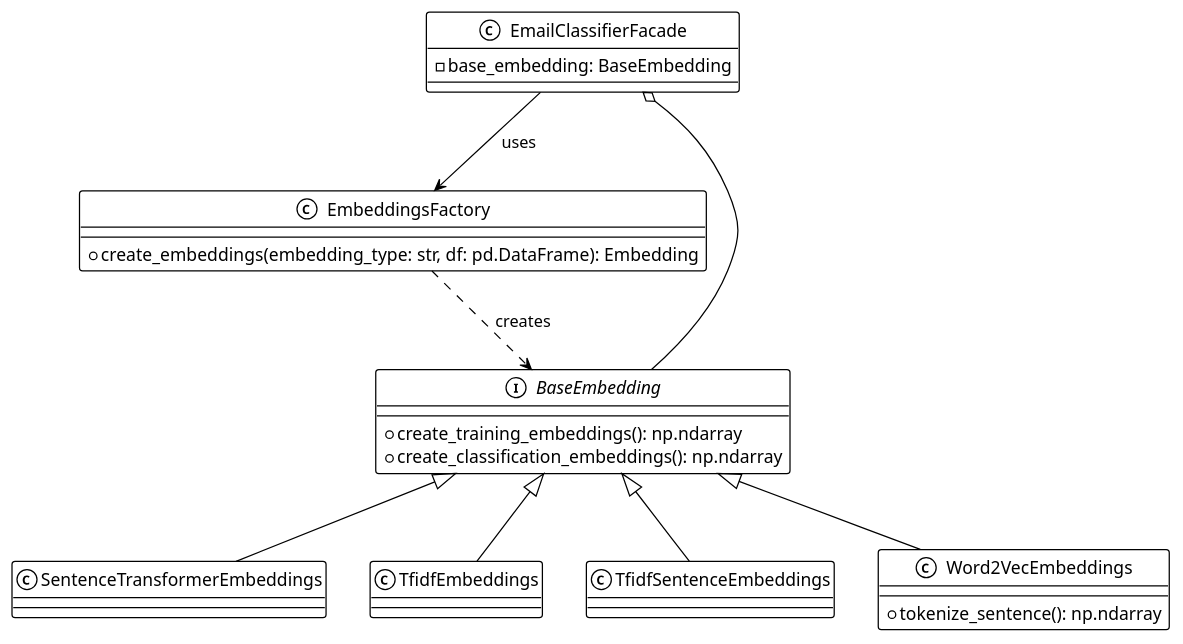
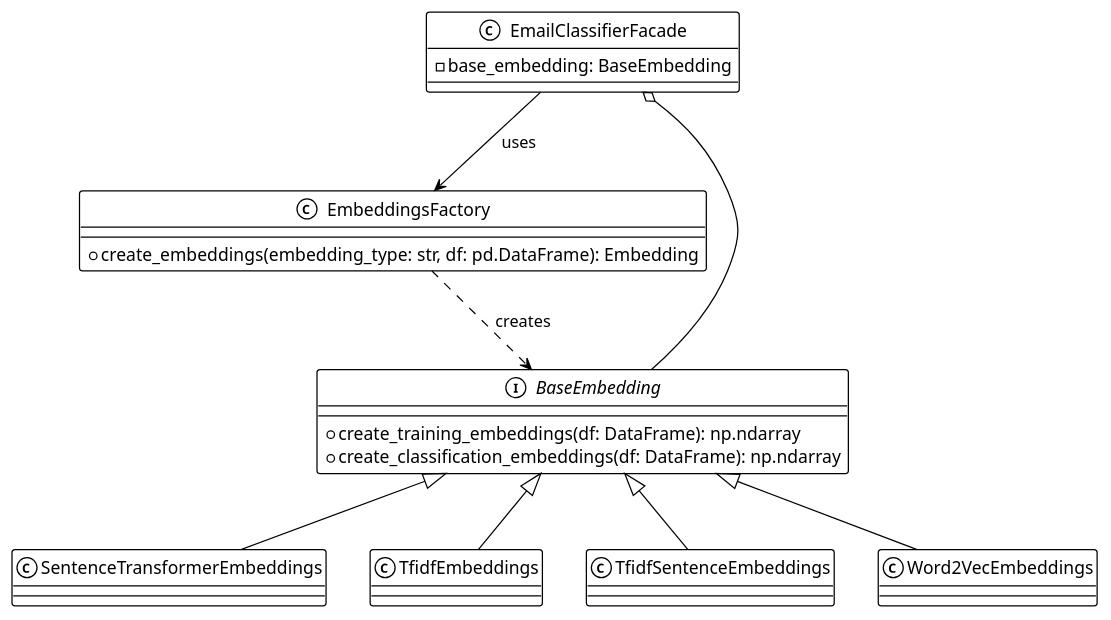
The diagram in uml/factory_pattern_sel.wsd (chrnas/email-classifier), drawn with PlantUML before and after one commit. The commit also changed 24 other files, not shown here.

```diff
--- a/uml/factory_pattern_sel.wsd
+++ b/uml/factory_pattern_sel.wsd
@@ -1,43 +1,37 @@
 @startuml
 !theme mono
 
 class EmailClassifierFacade {
     - base_embedding: BaseEmbedding
 }
 
 class EmbeddingsFactory{
     + create_embeddings(embedding_type: str, df: pd.DataFrame): Embedding
 }
 
 class SentenceTransformerEmbeddings {
     
 }
 
 class TfidfEmbeddings {
     
     
 }
 
 class TfidfSentenceEmbeddings {
 
 }
 
-
-class Word2VecEmbeddings {
-    
-    + tokenize_sentence(): np.ndarray
-}
-
 interface BaseEmbedding {
-    + create_training_embeddings(): np.ndarray
-    + create_classification_embeddings(): np.ndarray
+    + create_training_embeddings(df: DataFrame): np.ndarray
+    + create_classification_embeddings(df: DataFrame): np.ndarray
 }
 
 EmailClassifierFacade o-- BaseEmbedding
 EmailClassifierFacade --> EmbeddingsFactory: uses
 EmbeddingsFactory ..> BaseEmbedding : creates
 BaseEmbedding <|-- SentenceTransformerEmbeddings
 BaseEmbedding <|-- TfidfEmbeddings
 BaseEmbedding <|-- Word2VecEmbeddings
 BaseEmbedding <|-- TfidfSentenceEmbeddings
 @enduml
```
